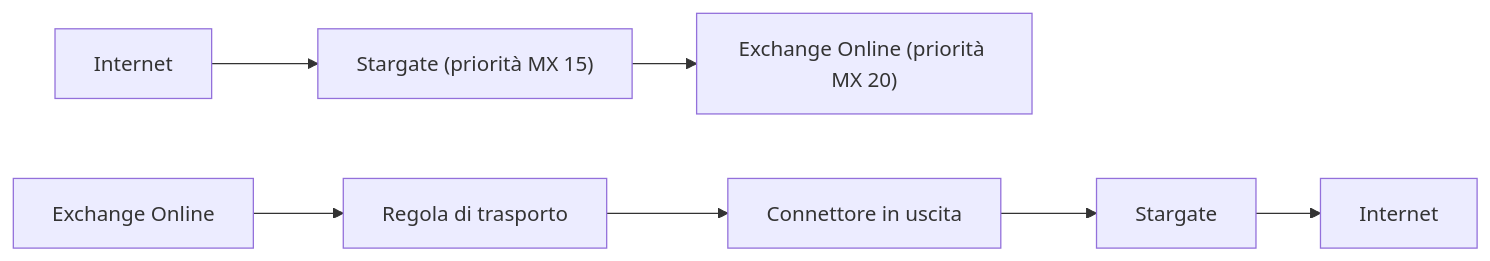
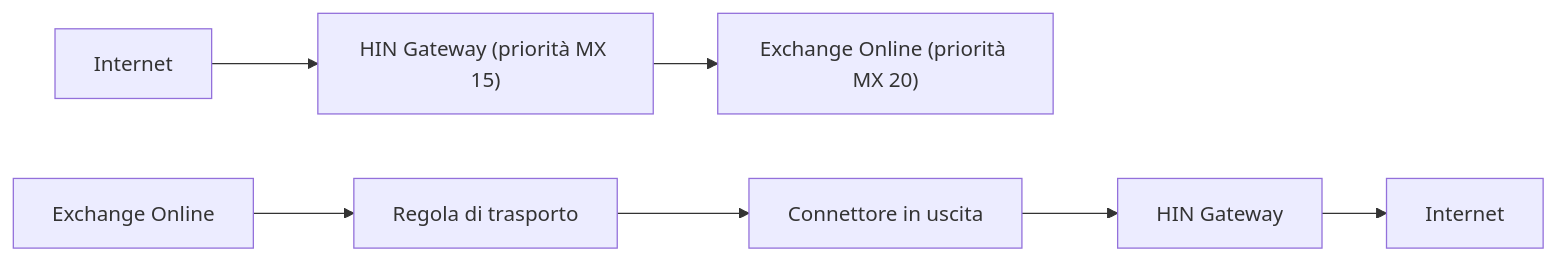
Before and after one commit to Health-Info-Net-AG/Stargate-deployment: the second of 2 diagrams in docs/it/Exchange-integration.md, drawn with Mermaid. The commit also changed other lines of this file and 3 other files, not shown here.

````diff
--- a/docs/it/Exchange-integration.md
+++ b/docs/it/Exchange-integration.md
@@ -36,13 +36,13 @@
 ```mermaid
 flowchart LR
     I1 --> mx15 --> mx20
-    EO --> TR --> OC --> Stargate --> I2
+    EO --> TR --> OC --> HG --> I2
     I1["Internet"]
     I2["Internet"]
-    mx15["Stargate (priorità MX 15)"]
+    mx15["HIN Gateway (priorità MX 15)"]
     mx20["Exchange Online (priorità MX 20)"]
     EO["Exchange Online"]
     TR["Regola di trasporto"]
     OC["Connettore in uscita"]
-    Stargate
+    HG["HIN Gateway"]
 ```
````
